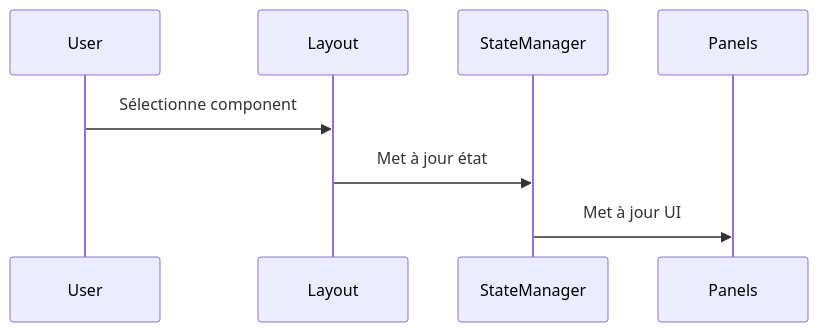
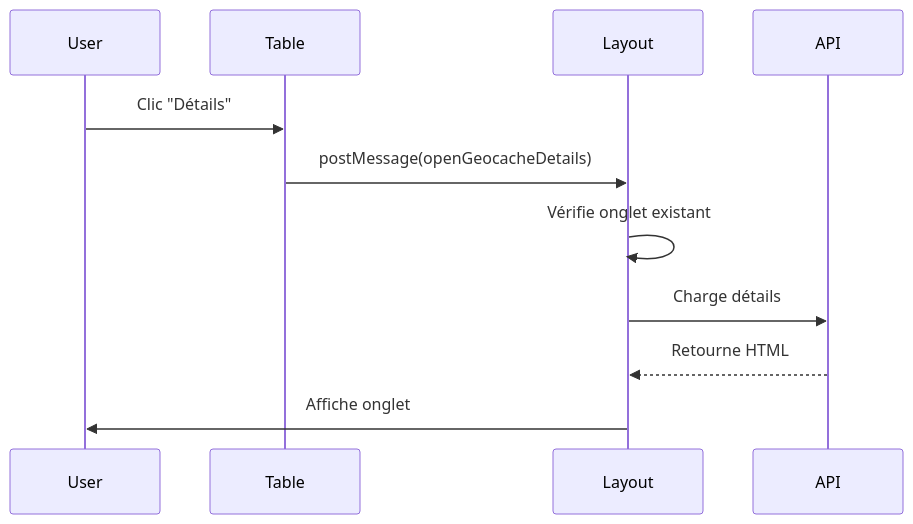
The second of 3 diagrams in docs/layout_system.md (TherionAcribus/MysterAI), drawn with Mermaid before and after one commit. The commit also changed other lines of this file and 9 other files, not shown here.

````diff
--- a/docs/layout_system.md
+++ b/docs/layout_system.md
@@ -119,11 +141,14 @@
 ```mermaid
 sequenceDiagram
     participant User
+    participant Table
     participant Layout
-    participant StateManager
-    participant Panels
+    participant API
 
-    User->>Layout: Sélectionne component
-    Layout->>StateManager: Met à jour état
-    StateManager->>Panels: Met à jour UI
+    User->>Table: Clic "Détails"
+    Table->>Layout: postMessage(openGeocacheDetails)
+    Layout->>Layout: Vérifie onglet existant
+    Layout->>API: Charge détails
+    API-->>Layout: Retourne HTML
+    Layout->>User: Affiche onglet
 ```
````
